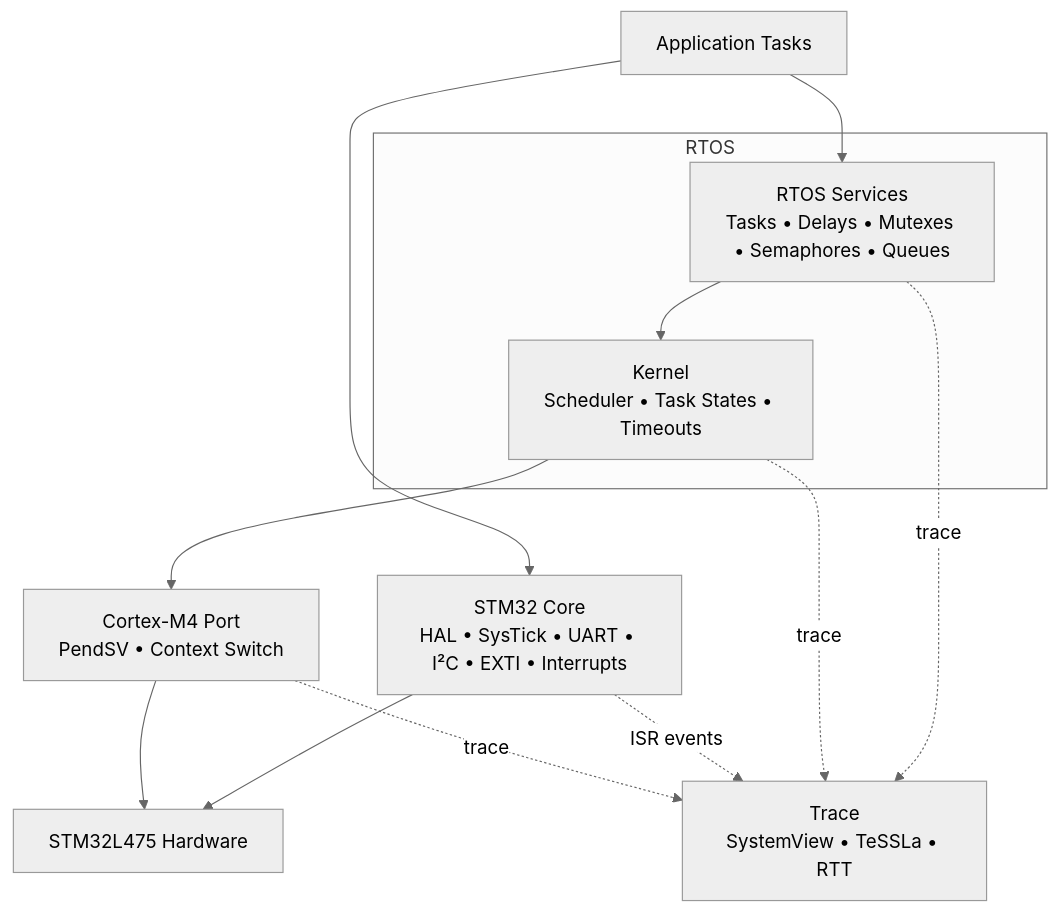
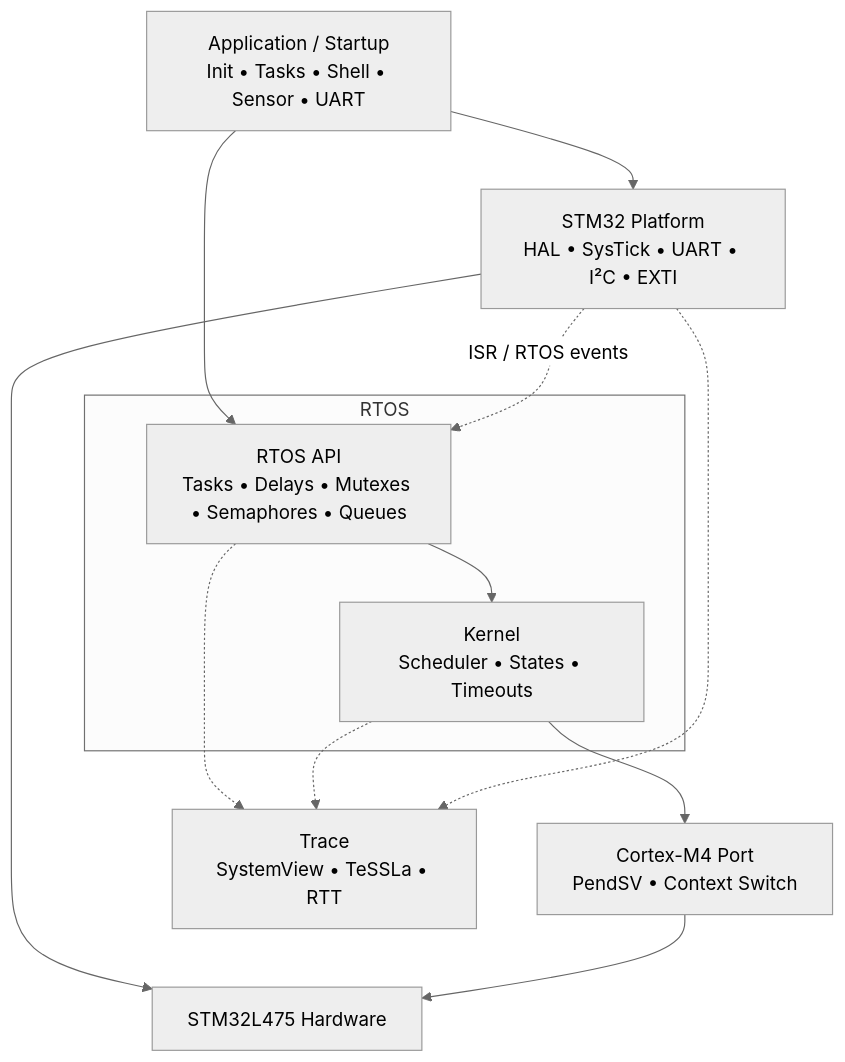
The first of 6 diagrams in stm32l475-rtos/ARCHITECTURE.md (jerohavaz/RTOS), drawn with Mermaid (neutral theme) before and after one commit.

Commit message:
docs: improve architecture diagram

````diff
--- a/stm32l475-rtos/ARCHITECTURE.md
+++ b/stm32l475-rtos/ARCHITECTURE.md
@@ -18,30 +18,29 @@
 ```mermaid
 flowchart TB
-    APP["Application Tasks"]
+    APP["Application / Startup<br/>Init • Tasks • Shell • Sensor • UART"]
 
     subgraph RTOS["RTOS"]
-        SERVICES["RTOS Services<br/>Tasks • Delays • Mutexes • Semaphores • Queues"]
-        KERNEL["Kernel<br/>Scheduler • Task States • Timeouts"]
+        API["RTOS API<br/>Tasks • Delays • Mutexes • Semaphores • Queues"]
+        KERNEL["Kernel<br/>Scheduler • States • Timeouts"]
     end
 
-    CORE["STM32 Core<br/>HAL • SysTick • UART • I²C • EXTI • Interrupts"]
-
+    PLATFORM["STM32 Platform<br/>HAL • SysTick • UART • I²C • EXTI"]
     PORT["Cortex-M4 Port<br/>PendSV • Context Switch"]
-
     TRACE["Trace<br/>SystemView • TeSSLa • RTT"]
-
     HW["STM32L475 Hardware"]
 
-    APP --> SERVICES
-    SERVICES --> KERNEL
+    APP --> API
+    APP --> PLATFORM
+
+    API --> KERNEL
     KERNEL --> PORT
 
-    APP --> CORE
-    CORE --> HW
+    PLATFORM --> HW
     PORT --> HW
 
-    SERVICES -. trace .-> TRACE
-    KERNEL -. trace .-> TRACE
-    CORE -. ISR events .-> TRACE
-    PORT -. trace .-> TRACE
+    PLATFORM -. ISR / RTOS events .-> API
+
+    API -.-> TRACE
+    KERNEL -.-> TRACE
+    PLATFORM -.-> TRACE
 ```
````
